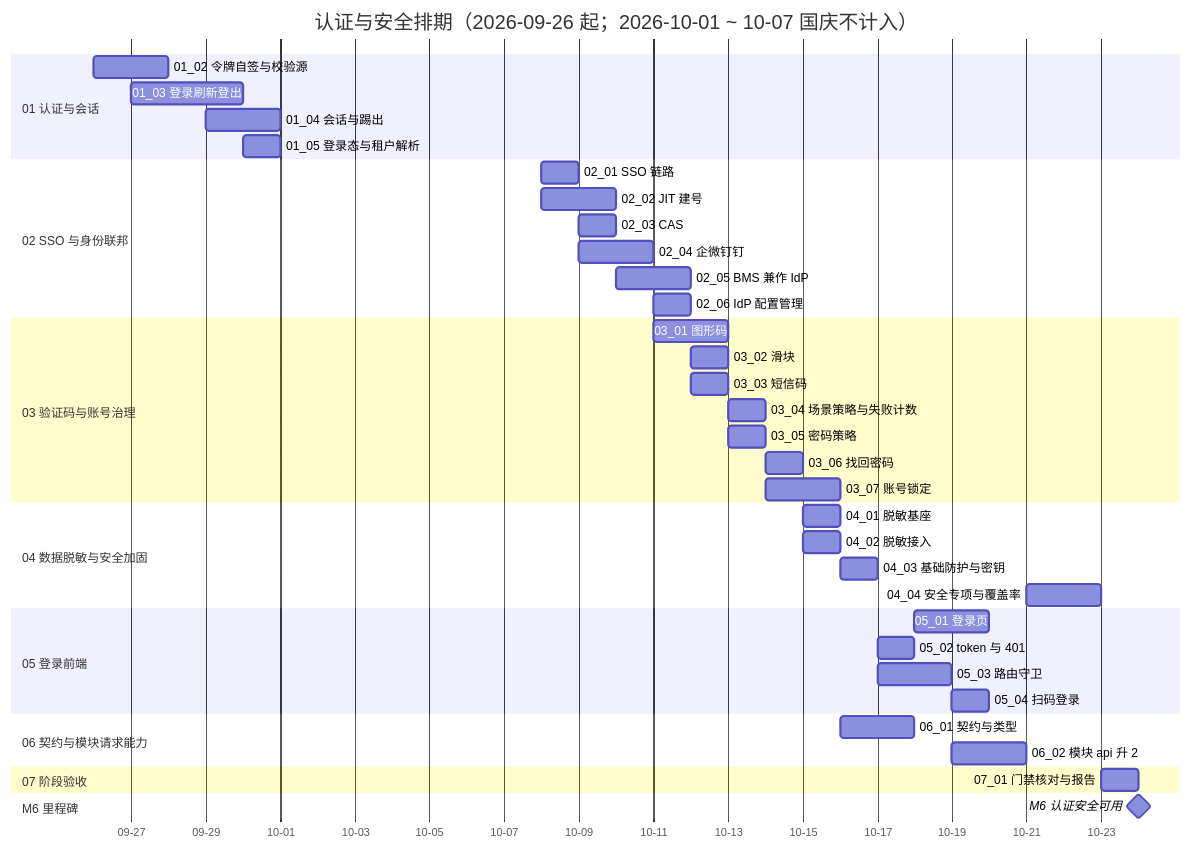
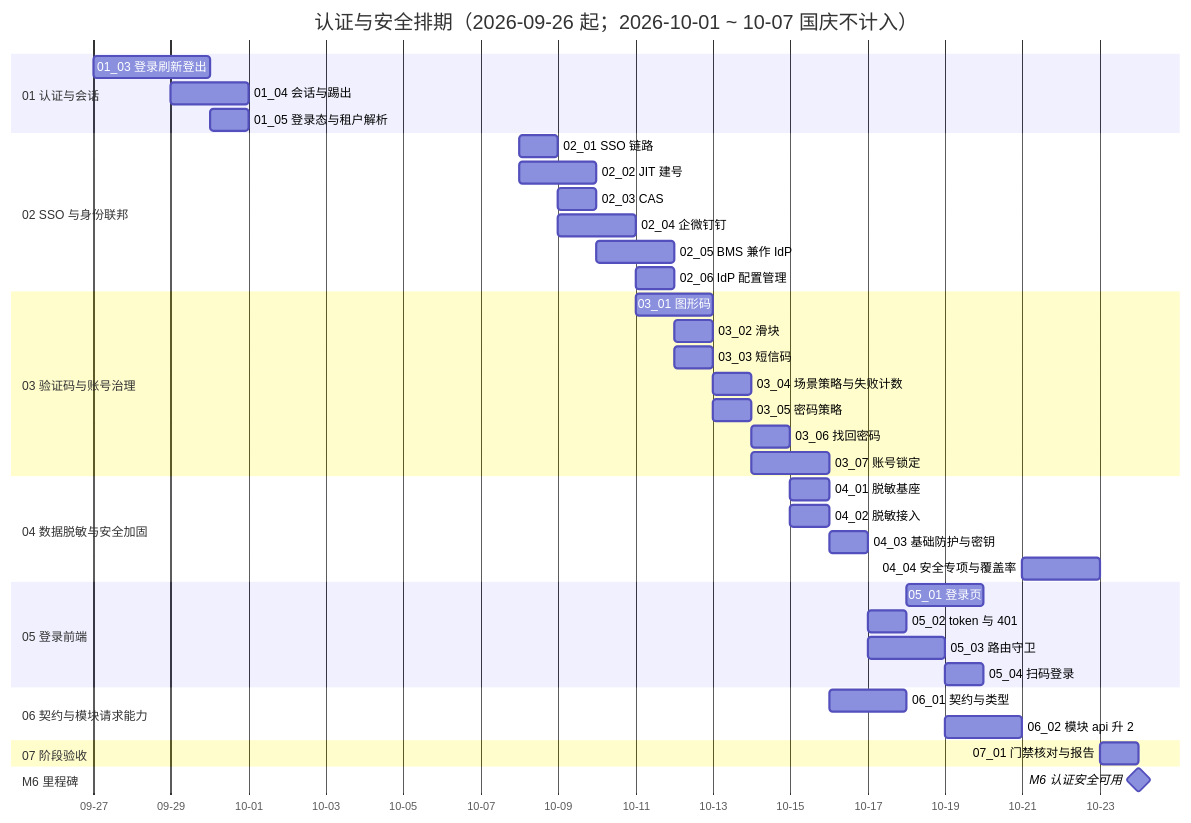
Before and after one commit to minjian123/basic-management-system: the diagram in bms文档/项目/06_认证与安全/计划/01_计划_认证与安全.md, drawn with Mermaid. The commit also changed other lines of this file and 15 other files, not shown here.

````diff
--- a/bms文档/项目/06_认证与安全/计划/01_计划_认证与安全.md
+++ b/bms文档/项目/06_认证与安全/计划/01_计划_认证与安全.md
@@ -59,43 +59,42 @@
 ```mermaid
 gantt
     title 认证与安全排期（2026-09-26 起；2026-10-01 ~ 10-07 国庆不计入）
     dateFormat  YYYY-MM-DD
     axisFormat %m-%d
     section 01 认证与会话
-    01_02 令牌自签与校验源 :a2, 2026-09-26, 2d
     01_03 登录刷新登出 :a3, 2026-09-27, 3d
     01_04 会话与踢出 :a4, 2026-09-29, 2d
     01_05 登录态与租户解析 :a5, 2026-09-30, 1d
     section 02 SSO 与身份联邦
     02_01 SSO 链路 :b1, 2026-10-08, 1d
     02_02 JIT 建号 :b2, 2026-10-08, 2d
     02_03 CAS :b3, 2026-10-09, 1d
     02_04 企微钉钉 :b4, 2026-10-09, 2d
     02_05 BMS 兼作 IdP :b5, 2026-10-10, 2d
     02_06 IdP 配置管理 :b6, 2026-10-11, 1d
     section 03 验证码与账号治理
     03_01 图形码 :c1, 2026-10-11, 2d
     03_02 滑块 :c2, 2026-10-12, 1d
     03_03 短信码 :c3, 2026-10-12, 1d
     03_04 场景策略与失败计数 :c4, 2026-10-13, 1d
     03_05 密码策略 :c5, 2026-10-13, 1d
     03_06 找回密码 :c6, 2026-10-14, 1d
     03_07 账号锁定 :c7, 2026-10-14, 2d
     section 04 数据脱敏与安全加固
     04_01 脱敏基座 :d1, 2026-10-15, 1d
     04_02 脱敏接入 :d2, 2026-10-15, 1d
     04_03 基础防护与密钥 :d3, 2026-10-16, 1d
     04_04 安全专项与覆盖率 :d4, 2026-10-21, 2d
     section 05 登录前端
     05_01 登录页 :e1, 2026-10-18, 2d
     05_02 token 与 401 :e2, 2026-10-17, 1d
     05_03 路由守卫 :e3, 2026-10-17, 2d
     05_04 扫码登录 :e4, 2026-10-19, 1d
     section 06 契约与模块请求能力
     06_01 契约与类型 :f1, 2026-10-16, 2d
     06_02 模块 api 升 2 :f2, 2026-10-19, 2d
     section 07 阶段验收
     07_01 门禁核对与报告 :g1, 2026-10-23, 1d
     section M6 里程碑
     M6 认证安全可用 :milestone, mm6, 2026-10-24, 0d
 ```
````
